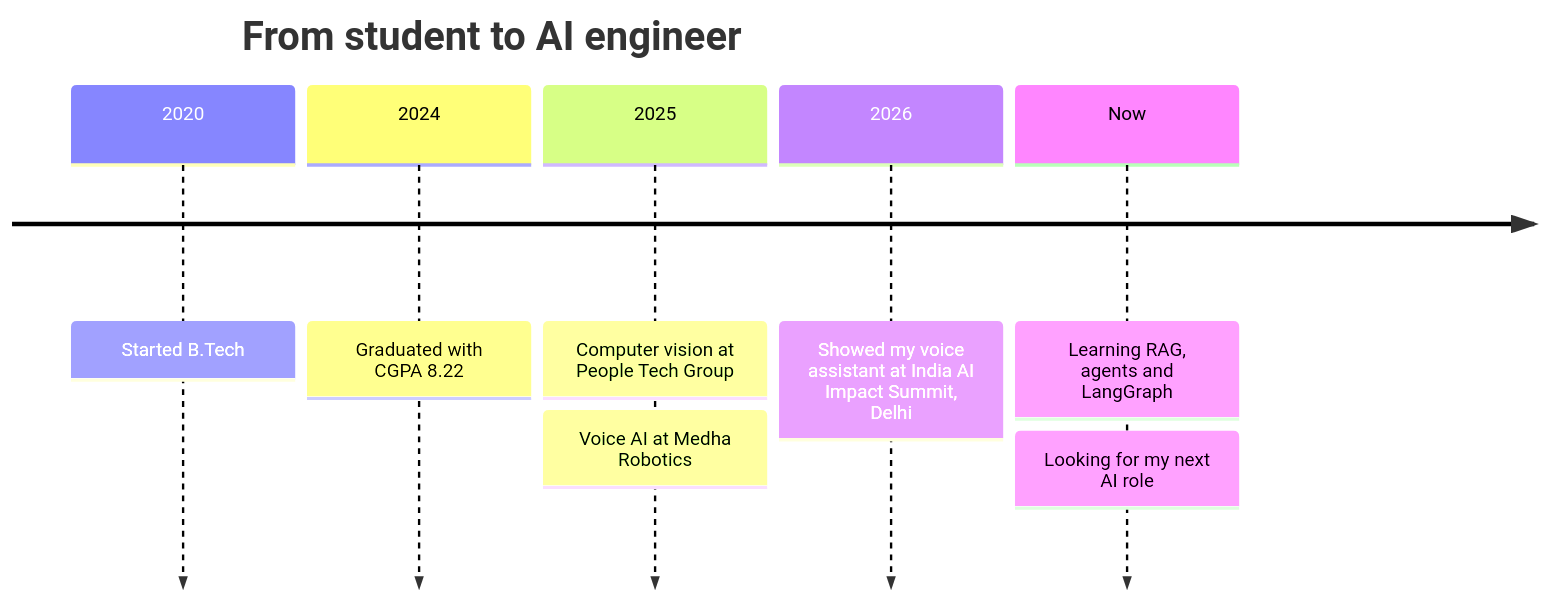
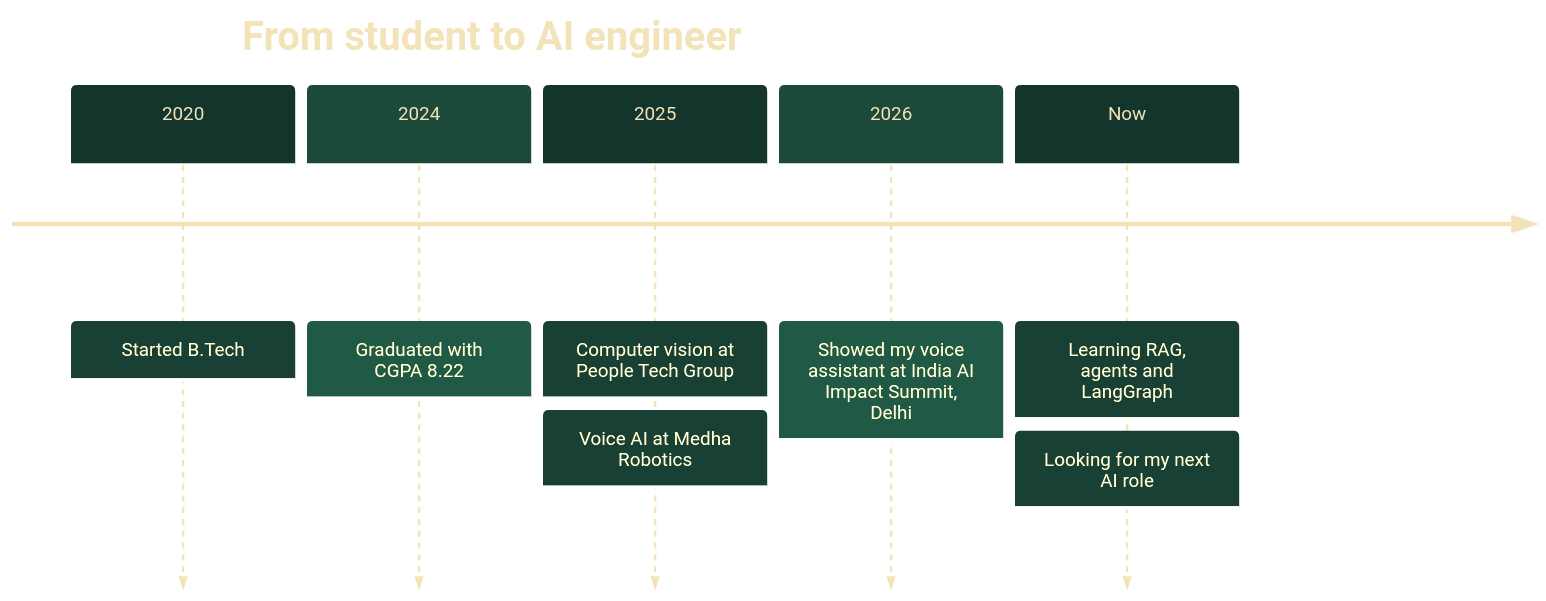
The diagram in README.md (harikishoreanem/harikishoreanem), drawn with Mermaid before and after one commit. The commit also changed other lines of this file and 4 other files, not shown here.

````diff
--- a/README.md
+++ b/README.md
@@ -31,9 +31,10 @@
 ```mermaid
+%%{init: {'theme':'base','themeVariables':{'primaryColor':'#10271f','primaryTextColor':'#f3e3b8','lineColor':'#c9a96e','cScale0':'#14352b','cScale1':'#1b4a3a','cScale2':'#14352b','cScale3':'#1b4a3a','cScale4':'#14352b','cScaleLabel0':'#f3e3b8','cScaleLabel1':'#f3e3b8','cScaleLabel2':'#f3e3b8','cScaleLabel3':'#f3e3b8','cScaleLabel4':'#f3e3b8'}}}%%
 timeline
     title From student to AI engineer
     2020 : Started B.Tech
     2024 : Graduated with CGPA 8.22
     2025 : Computer vision at People Tech Group : Voice AI at Medha Robotics
     2026 : Showed my voice assistant at India AI Impact Summit, Delhi
     Now : Learning RAG, agents and LangGraph : Looking for my next AI role
 ```
````
